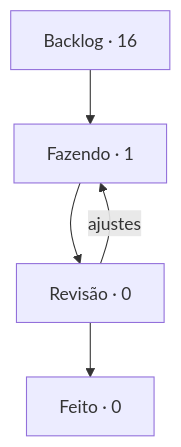
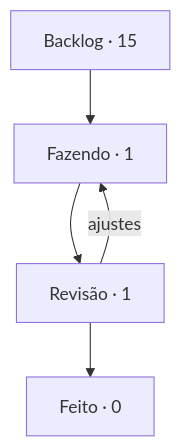
One commit to StudioVibi/VibiKanban changed the diagram in boards/dungeon-bend/BOARD.md. Above: the diagram before and after it, drawn with Mermaid. The commit also changed other lines of this file and 1 other file, not shown here.

Commit message:
board: DB-5 Backlog → Revisão (@Ostrowskii)

````diff
--- a/boards/dungeon-bend/BOARD.md
+++ b/boards/dungeon-bend/BOARD.md
@@ -5,10 +5,10 @@
 ```mermaid
 flowchart TD
-  backlog["Backlog · 16"] --> doing["Fazendo · 1"]
-  doing --> review["Revisão · 0"]
+  backlog["Backlog · 15"] --> doing["Fazendo · 1"]
+  doing --> review["Revisão · 1"]
   review --> done["Feito · 0"]
   review -->|ajustes| doing
   doing:::blue
   review:::yellow
   done:::green
 ```
````
